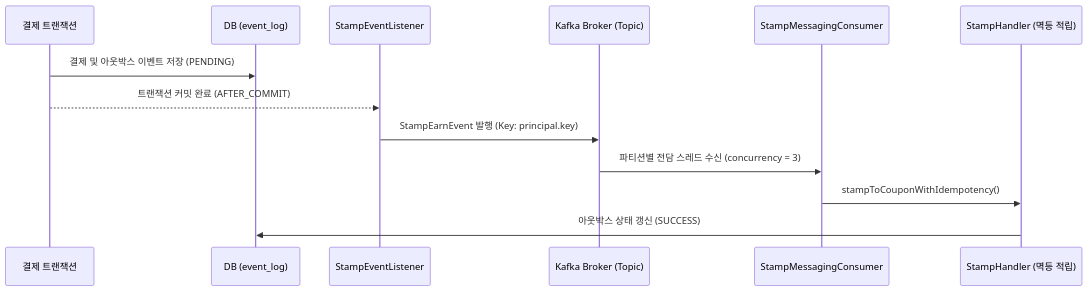
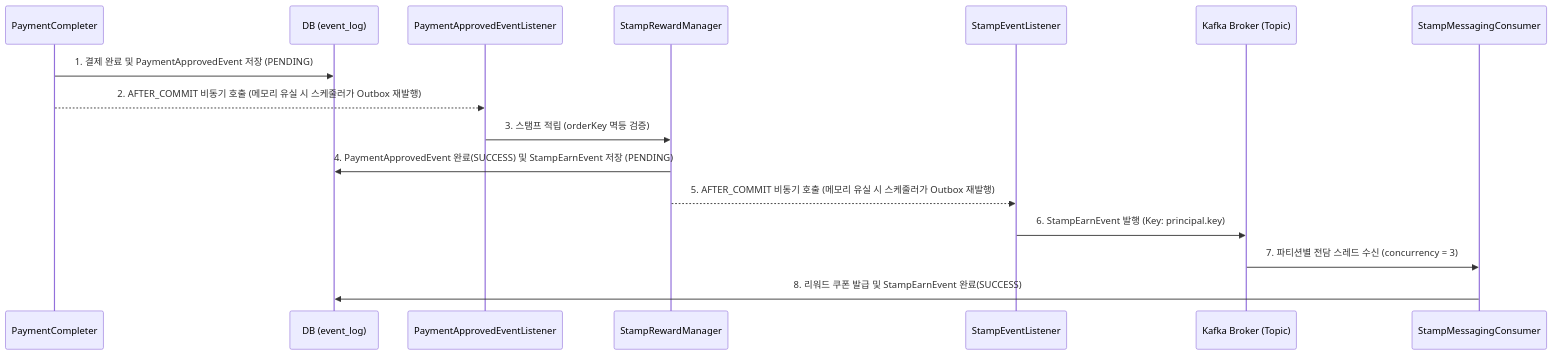
Before and after one commit to rnwnsgud/gu-coffee: the diagram in README.md, drawn with Mermaid. The commit also changed other lines of this file and 8 other files, not shown here.

````diff
--- a/README.md
+++ b/README.md
@@ -115,16 +117,19 @@
 ```mermaid
 sequenceDiagram
-    participant Payment as 결제 트랜잭션
+    participant Payment as PaymentCompleter
     participant Outbox as DB (event_log)
-    participant Listener as StampEventListener
+    participant ApprovedListener as PaymentApprovedEventListener
+    participant Reward as StampRewardManager
+    participant StampListener as StampEventListener
     participant Kafka as Kafka Broker (Topic)
     participant Consumer as StampMessagingConsumer
-    participant Handler as StampHandler (멱등 적립)
 
-    Payment->>Outbox: 결제 및 아웃박스 이벤트 저장 (PENDING)
-    Payment-->>Listener: 트랜잭션 커밋 완료 (AFTER_COMMIT)
-    Listener->>Kafka: StampEarnEvent 발행 (Key: principal.key)
-    Kafka->>Consumer: 파티션별 전담 스레드 수신 (concurrency = 3)
-    Consumer->>Handler: stampToCouponWithIdempotency()
-    Handler->>Outbox: 아웃박스 상태 갱신 (SUCCESS)
+    Payment->>Outbox: 1. 결제 완료 및 PaymentApprovedEvent 저장 (PENDING)
+    Payment-->>ApprovedListener: 2. AFTER_COMMIT 비동기 호출 (메모리 유실 시 스케줄러가 Outbox 재발행)
+    ApprovedListener->>Reward: 3. 스탬프 적립 (orderKey 멱등 검증)
+    Reward->>Outbox: 4. PaymentApprovedEvent 완료(SUCCESS) 및 StampEarnEvent 저장 (PENDING)
+    Reward-->>StampListener: 5. AFTER_COMMIT 비동기 호출 (메모리 유실 시 스케줄러가 Outbox 재발행)
+    StampListener->>Kafka: 6. StampEarnEvent 발행 (Key: principal.key)
+    Kafka->>Consumer: 7. 파티션별 전담 스레드 수신 (concurrency = 3)
+    Consumer->>Outbox: 8. 리워드 쿠폰 발급 및 StampEarnEvent 완료(SUCCESS)
 ```
````
